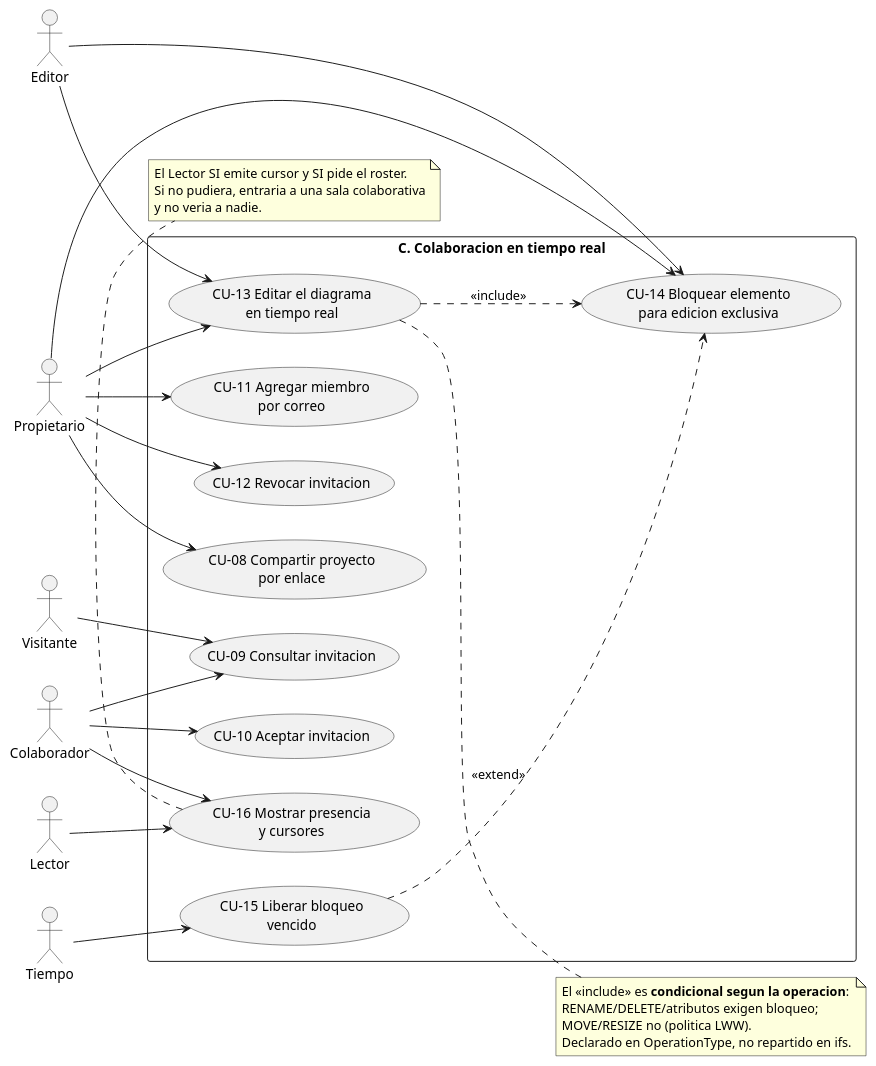
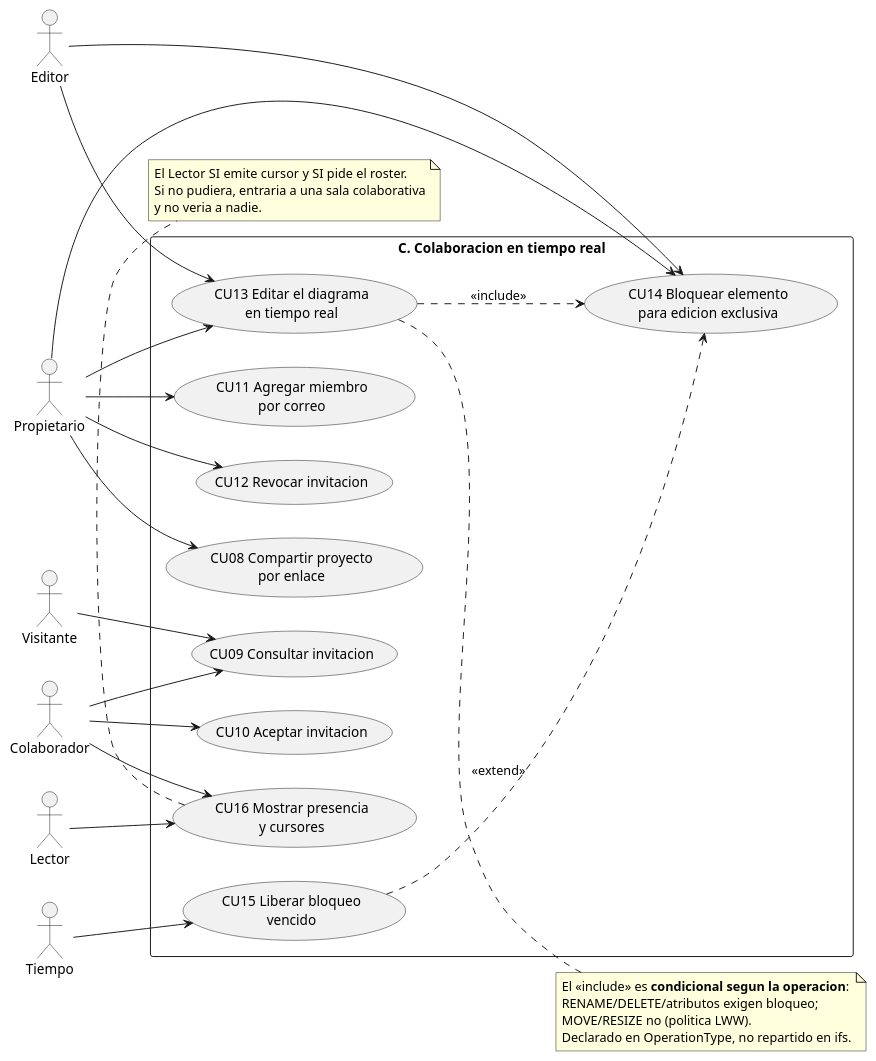
The diagram in docs/puds/diagramas/casos-de-uso-colaboracion.puml (daniel-ol5/diagramacolaborativo), drawn with PlantUML before and after one commit. The commit also changed 6 other files, not shown here.

```diff
--- a/docs/puds/diagramas/casos-de-uso-colaboracion.puml
+++ b/docs/puds/diagramas/casos-de-uso-colaboracion.puml
@@ -1,53 +1,53 @@
 @startuml casos-de-uso-colaboracion
 ' Paquete C - Colaboracion en tiempo real y exclusion mutua (RF-04)
 left to right direction
 
 actor "Visitante" as V
 actor "Colaborador" as C
 actor "Propietario" as OW
 actor "Editor" as ED
 actor "Lector" as VI
 actor "Tiempo" as T
 
 rectangle "C. Colaboracion en tiempo real" {
-  usecase "CU-08 Compartir proyecto\npor enlace" as CU08
-  usecase "CU-09 Consultar invitacion" as CU09
-  usecase "CU-10 Aceptar invitacion" as CU10
-  usecase "CU-11 Agregar miembro\npor correo" as CU11
-  usecase "CU-12 Revocar invitacion" as CU12
-  usecase "CU-13 Editar el diagrama\nen tiempo real" as CU13
-  usecase "CU-14 Bloquear elemento\npara edicion exclusiva" as CU14
-  usecase "CU-15 Liberar bloqueo\nvencido" as CU15
-  usecase "CU-16 Mostrar presencia\ny cursores" as CU16
+  usecase "CU08 Compartir proyecto\npor enlace" as CU08
+  usecase "CU09 Consultar invitacion" as CU09
+  usecase "CU10 Aceptar invitacion" as CU10
+  usecase "CU11 Agregar miembro\npor correo" as CU11
+  usecase "CU12 Revocar invitacion" as CU12
+  usecase "CU13 Editar el diagrama\nen tiempo real" as CU13
+  usecase "CU14 Bloquear elemento\npara edicion exclusiva" as CU14
+  usecase "CU15 Liberar bloqueo\nvencido" as CU15
+  usecase "CU16 Mostrar presencia\ny cursores" as CU16
 }
 
 OW --> CU08
 OW --> CU11
 OW --> CU12
 V --> CU09
 C --> CU09
 C --> CU10
 ED --> CU13
 OW --> CU13
 ED --> CU14
 OW --> CU14
 T --> CU15
 C --> CU16
 VI --> CU16
 
 CU13 ..> CU14 : <<include>>
 CU15 ..> CU14 : <<extend>>
 
 note right of CU13
   El <<include>> es **condicional segun la operacion**:
   RENAME/DELETE/atributos exigen bloqueo;
   MOVE/RESIZE no (politica LWW).
   Declarado en OperationType, no repartido en ifs.
 end note
 
 note bottom of CU16
   El Lector SI emite cursor y SI pide el roster.
   Si no pudiera, entraria a una sala colaborativa
   y no veria a nadie.
 end note
 @enduml
```
